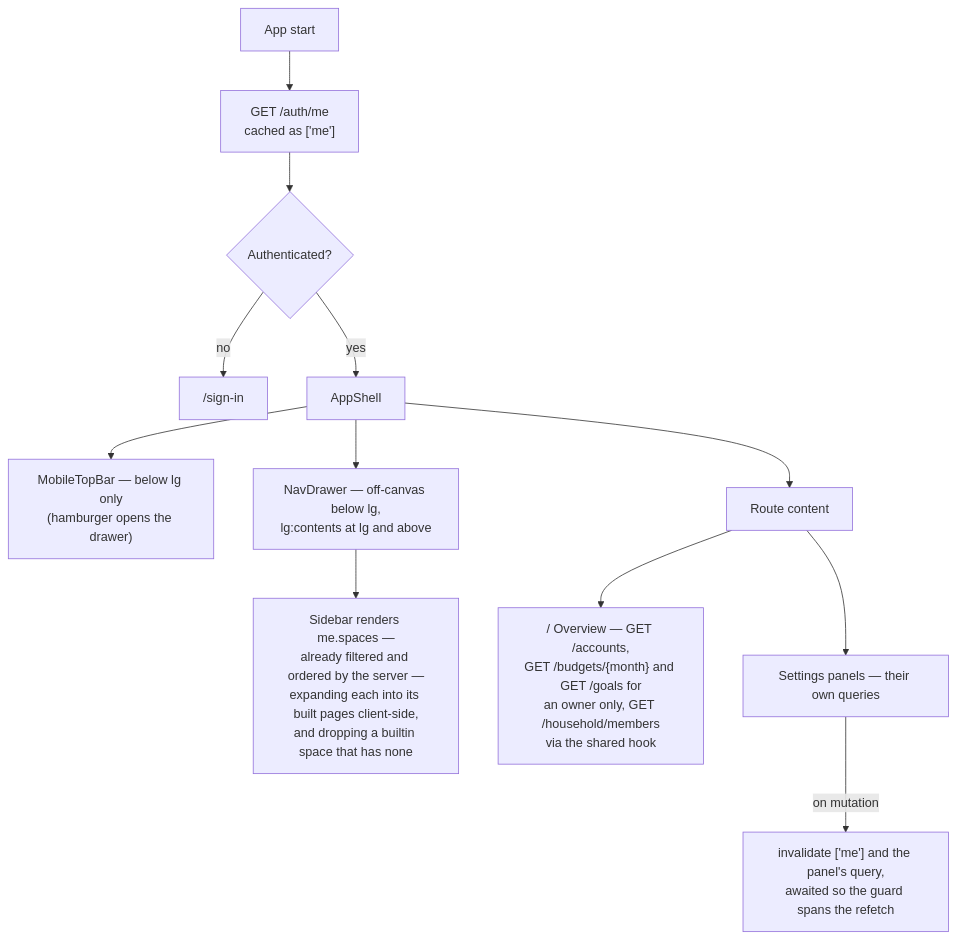
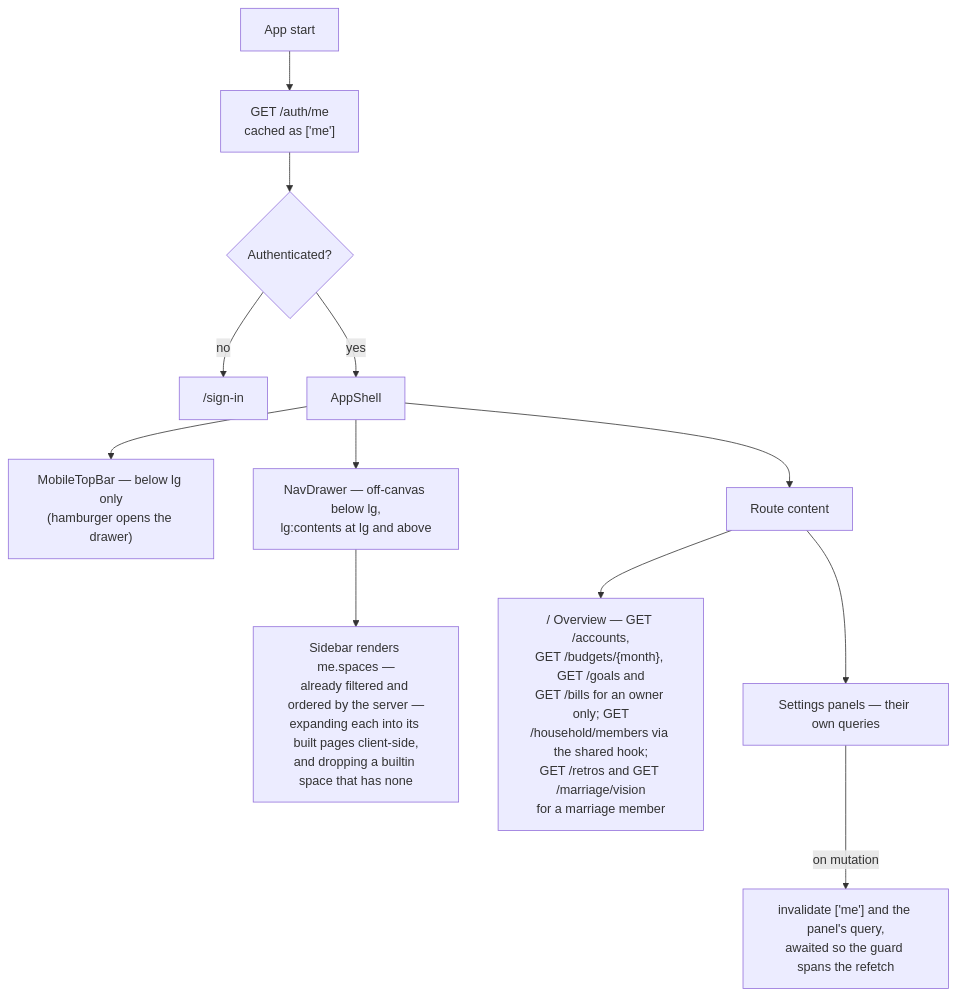
One commit to oandrz/Household changed diagram 16 of 17 in docs/SYSTEM_DESIGN.md. Above: the diagram before and after it, drawn with Mermaid. The commit also changed other lines of this file and 76 other files, not shown here.

First line of the commit message:
Vision & goals — Marriage's second page (#13)

````diff
--- a/docs/SYSTEM_DESIGN.md
+++ b/docs/SYSTEM_DESIGN.md
@@ -1365,14 +1513,14 @@
 ```mermaid
 graph TD
     Boot["App start"] --> Me["GET /auth/me<br/>cached as ['me']"]
     Me --> Guard{"Authenticated?"}
     Guard -->|no| SignIn["/sign-in"]
     Guard -->|yes| Shell["AppShell"]
     Shell --> Bar["MobileTopBar — below lg only<br/>(hamburger opens the drawer)"]
     Shell --> Drawer["NavDrawer — off-canvas below lg,<br/>lg:contents at lg and above"]
     Drawer --> Sidebar["Sidebar renders me.spaces —<br/>already filtered and ordered by the server —<br/>expanding each into its built pages client-side,<br/>and dropping a builtin space that has none"]
     Shell --> Page["Route content"]
-    Page --> Overview["/ Overview — GET /accounts,<br/>GET /budgets/{month} and GET /goals for<br/>an owner only, GET /household/members<br/>via the shared hook"]
+    Page --> Overview["/ Overview — GET /accounts,<br/>GET /budgets/{month}, GET /goals and<br/>GET /bills for an owner only; GET<br/>/household/members via the shared hook;<br/>GET /retros and GET /marriage/vision<br/>for a marriage member"]
     Page --> Settings["Settings panels — their own queries"]
     Settings -->|"on mutation"| Invalidate["invalidate ['me'] and the panel's query,<br/>awaited so the guard spans the refetch"]
 ```
````
